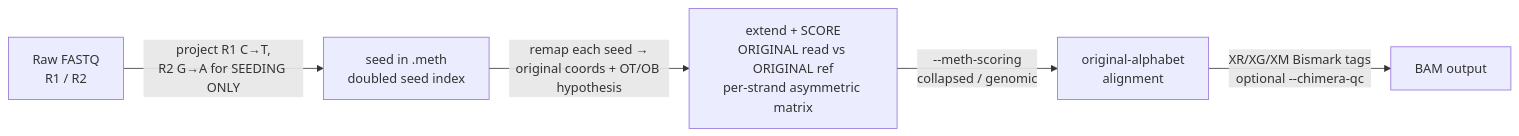
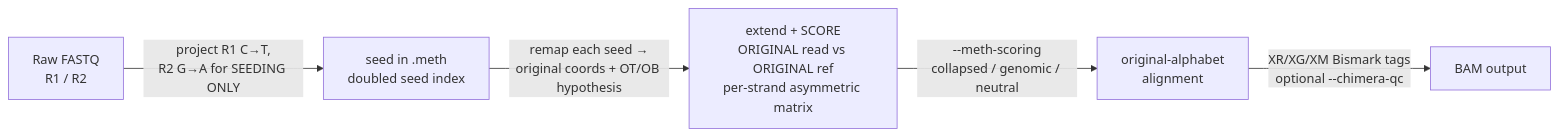
The diagram in docs/src/methylation/overview.md (fg-labs/bwa-mem3), drawn with Mermaid before and after one commit. The commit also changed other lines of this file and 16 other files, not shown here.

````diff
--- a/docs/src/methylation/overview.md
+++ b/docs/src/methylation/overview.md
@@ -52,7 +58,7 @@
 ```mermaid
 flowchart LR
     A[Raw FASTQ\nR1 / R2] -->|project R1 C→T,\nR2 G→A for SEEDING ONLY| B[seed in .meth\ndoubled seed index]
     B -->|remap each seed →\noriginal coords + OT/OB hypothesis| C[extend + SCORE\nORIGINAL read vs ORIGINAL ref\nper-strand asymmetric matrix]
-    C -->|--meth-scoring\ncollapsed / genomic| D[original-alphabet\nalignment]
+    C -->|--meth-scoring\ncollapsed / genomic / neutral| D[original-alphabet\nalignment]
     D -->|XR/XG/XM Bismark tags\noptional --chimera-qc| E[BAM output]
 ```
````
